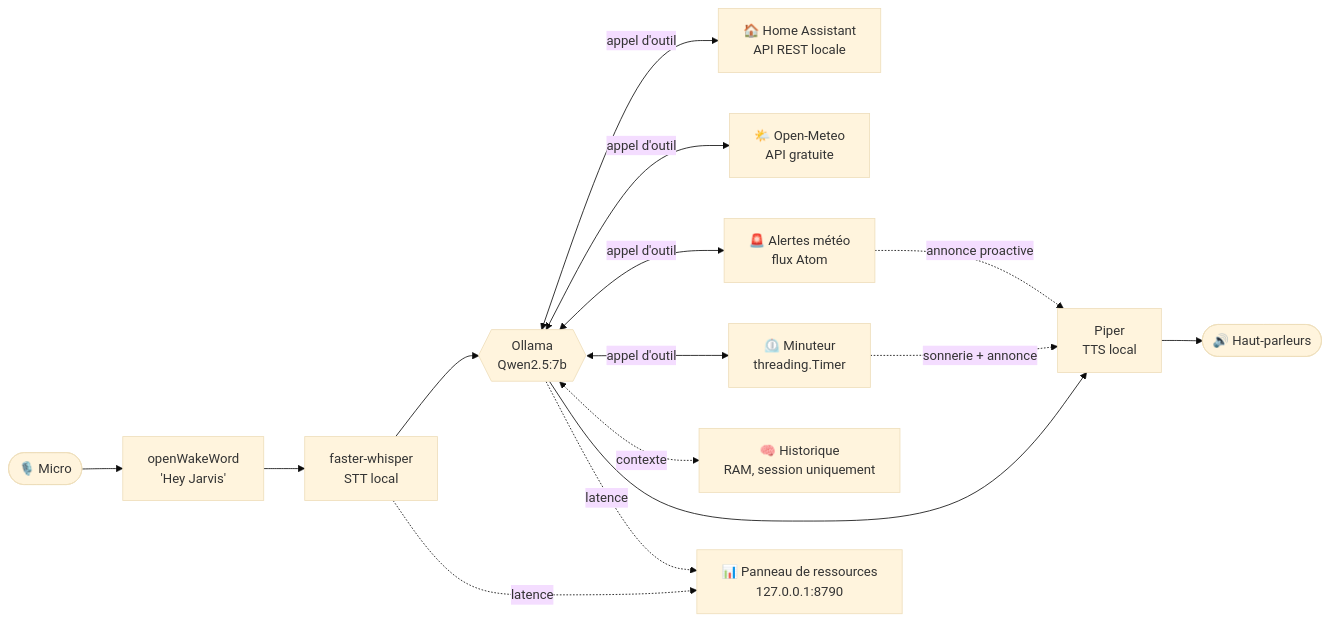
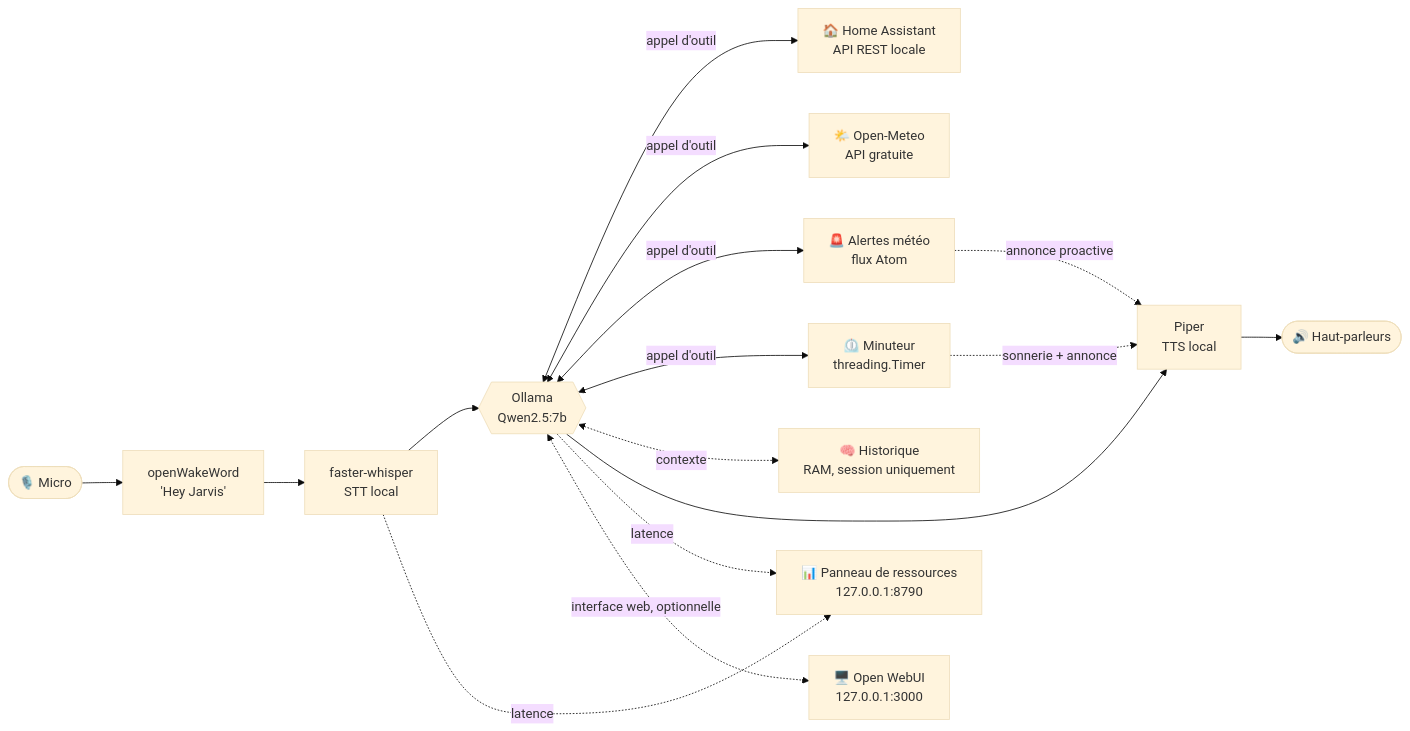
Before and after one commit to pazpop/assistant-vocal-local: the diagram in ARCHITECTURE.md, drawn with Mermaid (base theme). The commit also changed other lines of this file and 2 other files, not shown here.

````diff
--- a/ARCHITECTURE.md
+++ b/ARCHITECTURE.md
@@ -10,17 +10,18 @@
 ```mermaid
 flowchart LR
     Mic([🎙️ Micro]) --> WW["openWakeWord<br/>'Hey Jarvis'"]
     WW --> STT[faster-whisper<br/>STT local]
     STT --> LLM{{Ollama<br/>Qwen2.5:7b}}
     LLM <-->|appel d'outil| HA[🏠 Home Assistant<br/>API REST locale]
     LLM <-->|appel d'outil| METEO[🌤️ Open-Meteo<br/>API gratuite]
     LLM <-->|appel d'outil| ALERTES["🚨 Alertes météo<br/>flux Atom"]
     LLM <-->|appel d'outil| MINUTEUR["⏲️ Minuteur<br/>threading.Timer"]
     LLM <-.->|contexte| HIST["🧠 Historique<br/>RAM, session uniquement"]
     LLM --> TTS[Piper<br/>TTS local]
     ALERTES -.->|annonce proactive| TTS
     MINUTEUR -.->|sonnerie + annonce| TTS
     TTS --> SPK([🔊 Haut-parleurs])
     STT -.->|latence| DASH["📊 Panneau de ressources<br/>127.0.0.1:8790"]
     LLM -.->|latence| DASH
+    LLM <-.->|interface web, optionnelle| WEBUI["🖥️ Open WebUI<br/>127.0.0.1:3000"]
 ```
````
